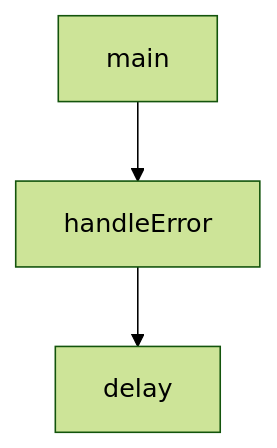
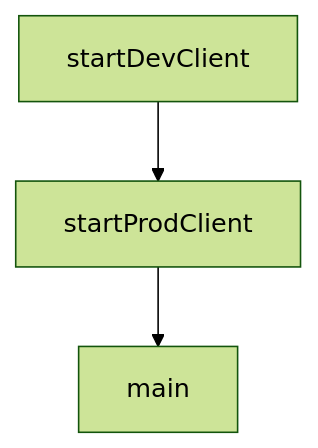
The diagram in tutorials/mcp-inspector-tutorial/05-security-auth-and-network-hardening.md (johnxie/awesome-code-docs), drawn with Mermaid (forest theme) before and after one commit. The commit also changed other lines of this file and 1232 other files, not shown here.

````diff
--- a/tutorials/mcp-inspector-tutorial/05-security-auth-and-network-hardening.md
+++ b/tutorials/mcp-inspector-tutorial/05-security-auth-and-network-hardening.md
@@ -178,8 +176,8 @@
 ```mermaid
 flowchart TD
-    A[main]
-    B[handleError]
-    C[delay]
+    A[startDevClient]
+    B[startProdClient]
+    C[main]
     A --> B
     B --> C
 ```
````
